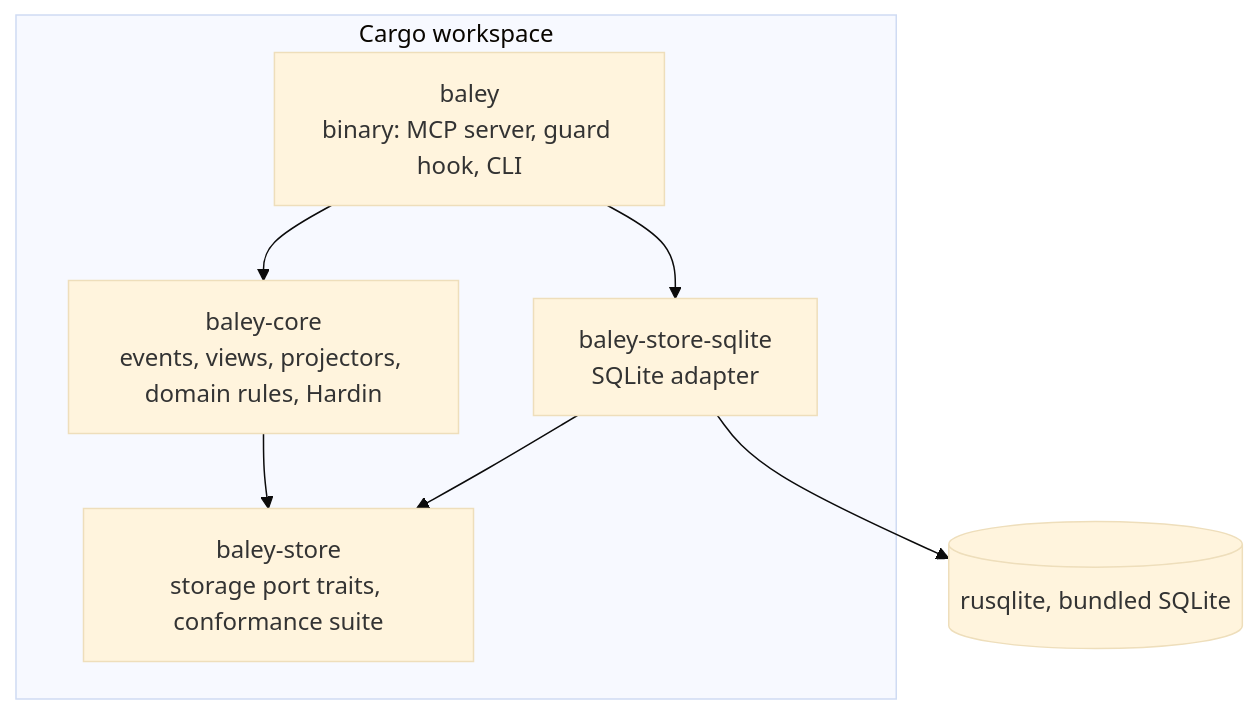
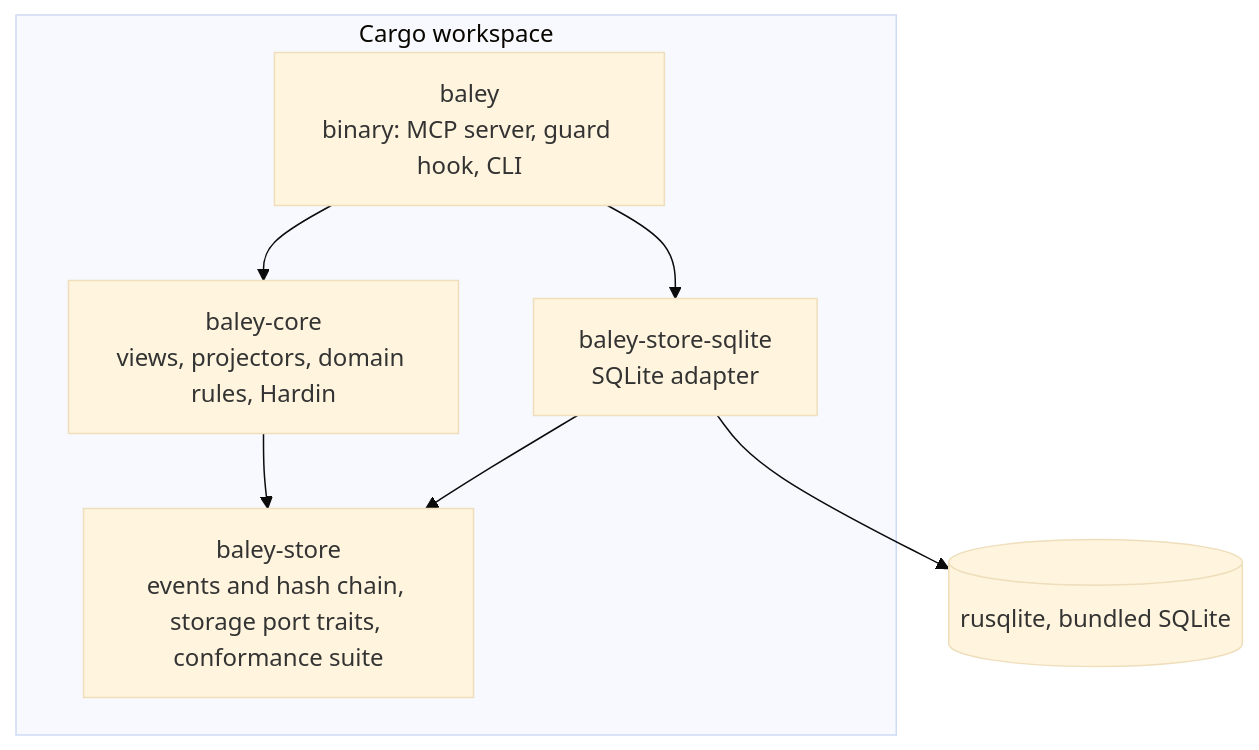
Before and after one commit to crenshawdev/baley: the third of 10 diagrams in docs/design/0001-evidence-ledger.md, drawn with Mermaid (base theme). The commit also changed 10 other files, not shown here.

First line of the commit message:
fix(store): give the port claims, full stale checks and per-reference retention

````diff
--- a/docs/design/0001-evidence-ledger.md
+++ b/docs/design/0001-evidence-ledger.md
@@ -197,15 +197,15 @@
 ```mermaid
 flowchart TB
   subgraph workspace [Cargo workspace]
     server["baley<br/>binary: MCP server, guard hook, CLI"]
-    core["baley-core<br/>events, views, projectors, domain rules, Hardin"]
-    port["baley-store<br/>storage port traits, conformance suite"]
+    core["baley-core<br/>views, projectors, domain rules, Hardin"]
+    port["baley-store<br/>events and hash chain, storage port traits, conformance suite"]
     sqlite["baley-store-sqlite<br/>SQLite adapter"]
   end
   rusqlite[("rusqlite, bundled SQLite")]
   server --> core
   server --> sqlite
   core --> port
   sqlite --> port
   sqlite --> rusqlite
 ```
````
